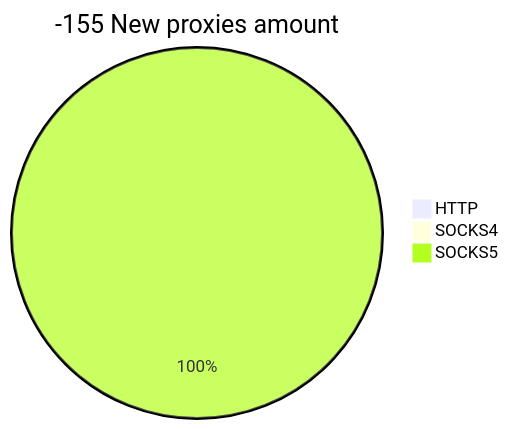
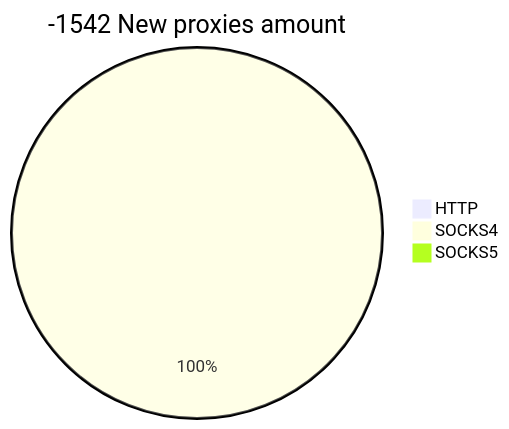
One commit to cutipu/proxylist changed the second of 2 diagrams in README.md. Above: the diagram before and after it, drawn with Mermaid. The commit also changed other lines of this file, not shown here.

````diff
--- a/README.md
+++ b/README.md
@@ -10,6 +10,6 @@
 ```mermaid
-pie title -155 New proxies amount
+pie title -1542 New proxies amount
     "HTTP" : 0
-    "SOCKS4" : 0
-    "SOCKS5" : 14
+    "SOCKS4" : 5
+    "SOCKS5" : 0
 ```
````
